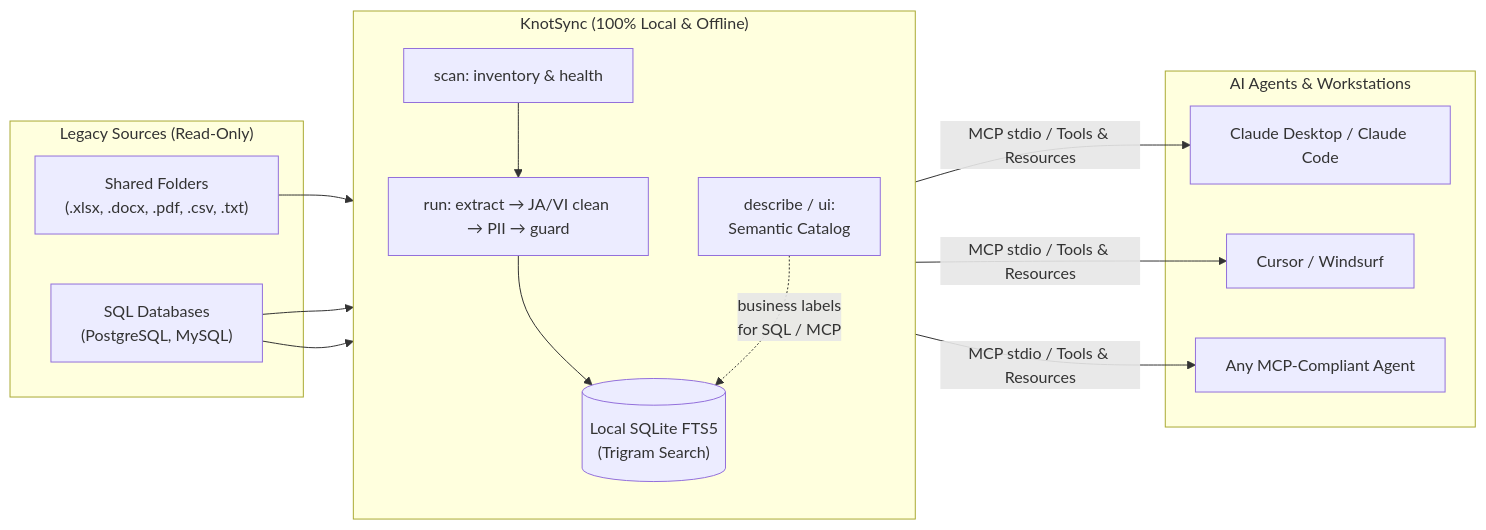
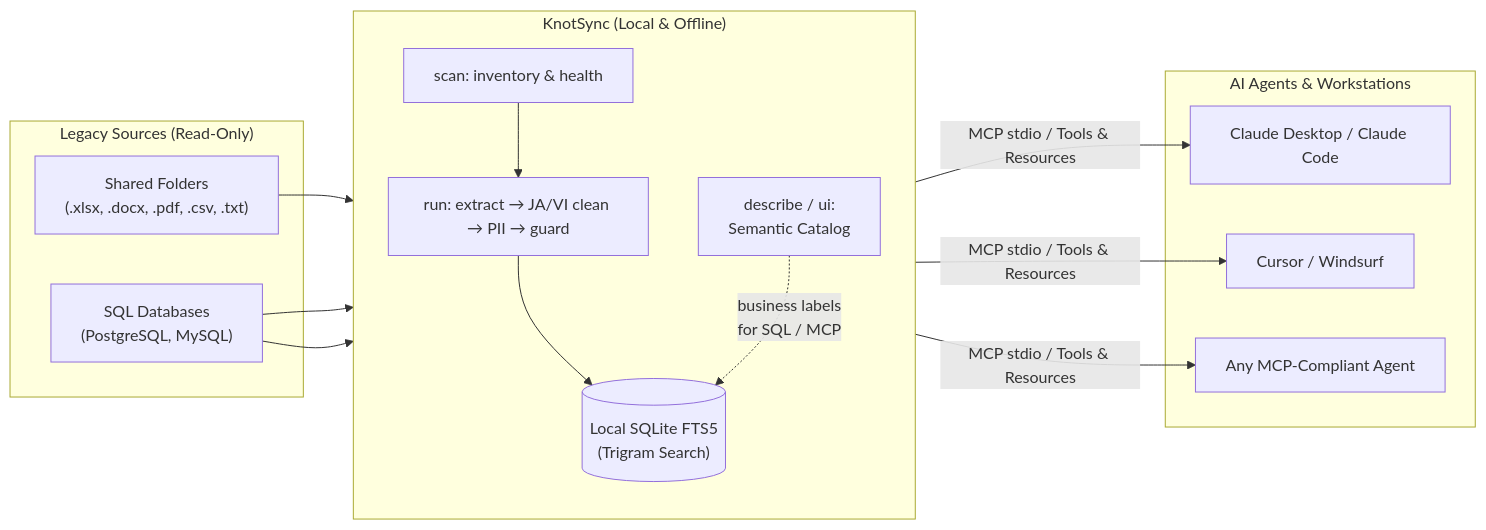
One commit to hoanghainh1188/knot-sync changed the diagram in README.md. Above: the diagram before and after it, drawn with Mermaid. The commit also changed other lines of this file and 4 other files, not shown here.

````diff
--- a/README.md
+++ b/README.md
@@ -31,31 +31,31 @@
 ```mermaid
 flowchart LR
     subgraph Sources["Legacy Sources (Read-Only)"]
         FS["Shared Folders<br/>(.xlsx, .docx, .pdf, .csv, .txt)"]
         DB["SQL Databases<br/>(PostgreSQL, MySQL)"]
     end
 
-    subgraph KnotSync["KnotSync (100% Local & Offline)"]
+    subgraph KnotSync["KnotSync (Local & Offline)"]
         direction TB
         Scan["scan: inventory & health"]
         Run["run: extract → JA/VI clean → PII → guard"]
         Store[("Local SQLite FTS5<br/>(Trigram Search)")]
         Catalog["describe / ui:<br/>Semantic Catalog"]
 
         Scan --> Run --> Store
         Catalog -.->|"business labels<br/>for SQL / MCP"| Store
     end
 
     subgraph Agents["AI Agents & Workstations"]
         Claude["Claude Desktop / Claude Code"]
         Cursor["Cursor / Windsurf"]
         Custom["Any MCP-Compliant Agent"]
     end
 
     FS --> Scan
     DB --> Scan
     DB --> Catalog
     Store -->|"MCP stdio / Tools & Resources"| Claude
     Store -->|"MCP stdio / Tools & Resources"| Cursor
     Store -->|"MCP stdio / Tools & Resources"| Custom
 ```
````
